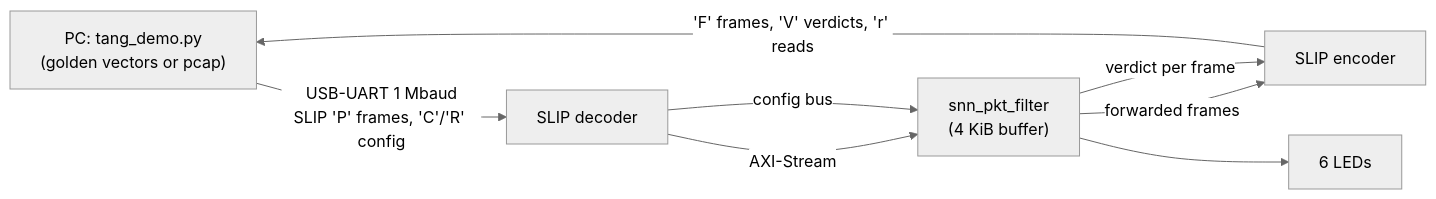
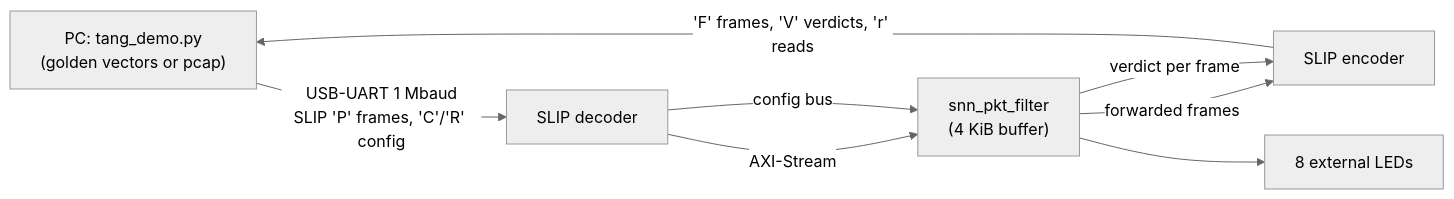
Before and after one commit to segfault610/SNN_based_network_packet_classifier: the second of 3 diagrams in docs/design.md, drawn with Mermaid (neutral theme). The commit also changed other lines of this file and 16 other files, not shown here.

````diff
--- a/docs/design.md
+++ b/docs/design.md
@@ -38,10 +38,10 @@
 ```mermaid
 flowchart LR
     PC["PC: tang_demo.py<br/>(golden vectors or pcap)"] -- "USB-UART 1 Mbaud<br/>SLIP 'P' frames, 'C'/'R' config" --> DEC["SLIP decoder"]
     DEC -- AXI-Stream --> FW["snn_pkt_filter<br/>(4 KiB buffer)"]
     DEC -- "config bus" --> FW
     FW -- "forwarded frames" --> ENC["SLIP encoder"]
     FW -- "verdict per frame" --> ENC
     ENC -- "'F' frames, 'V' verdicts, 'r' reads" --> PC
-    FW --> LED["6 LEDs"]
+    FW --> LED["8 external LEDs"]
 ```
````
